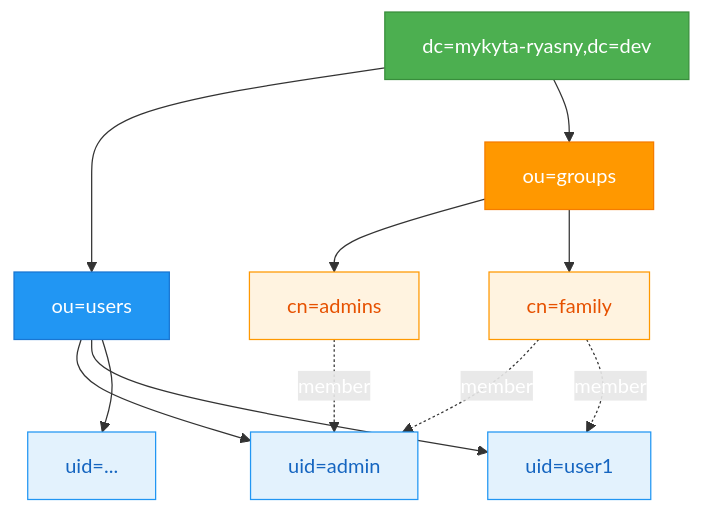
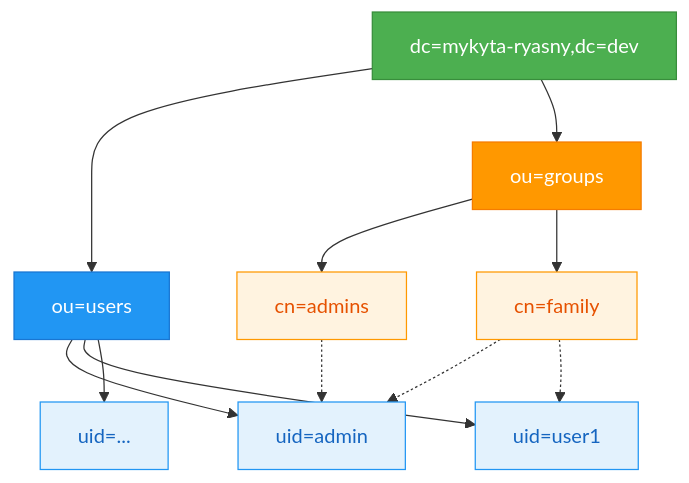
Before and after one commit to Mykyta-Home-Server/homeserver: the second of 4 diagrams in docs-site/src/content/docs/guides/ldap.mdx, drawn with Mermaid. The commit also changed other lines of this file and 2 other files, not shown here.

First line of the commit message:
Refine Mermaid diagrams: compact layouts and remove labels

````diff
--- a/docs-site/src/content/docs/guides/ldap.mdx
+++ b/docs-site/src/content/docs/guides/ldap.mdx
@@ -74,30 +71,30 @@
 ```mermaid
 flowchart TB
     Root[dc=mykyta-ryasny,dc=dev]
 
     Root --> Users[ou=users]
     Root --> Groups[ou=groups]
 
     Users --> Admin[uid=admin]
     Users --> User1[uid=user1]
     Users --> UserN[uid=...]
 
     Groups --> Admins[cn=admins]
     Groups --> Family[cn=family]
 
-    Admins -.->|member| Admin
-    Family -.->|member| Admin
-    Family -.->|member| User1
+    Admins -.-> Admin
+    Family -.-> Admin
+    Family -.-> User1
 
     classDef root fill:#4caf50,stroke:#388e3c,color:#fff
     classDef users fill:#2196f3,stroke:#1976d2,color:#fff
     classDef groups fill:#ff9800,stroke:#f57c00,color:#fff
     classDef user fill:#e3f2fd,stroke:#2196f3,color:#1565c0
     classDef group fill:#fff3e0,stroke:#ff9800,color:#e65100
 
     class Root root
     class Users users
     class Groups groups
     class Admin,User1,UserN user
     class Admins,Family group
 ```
````
